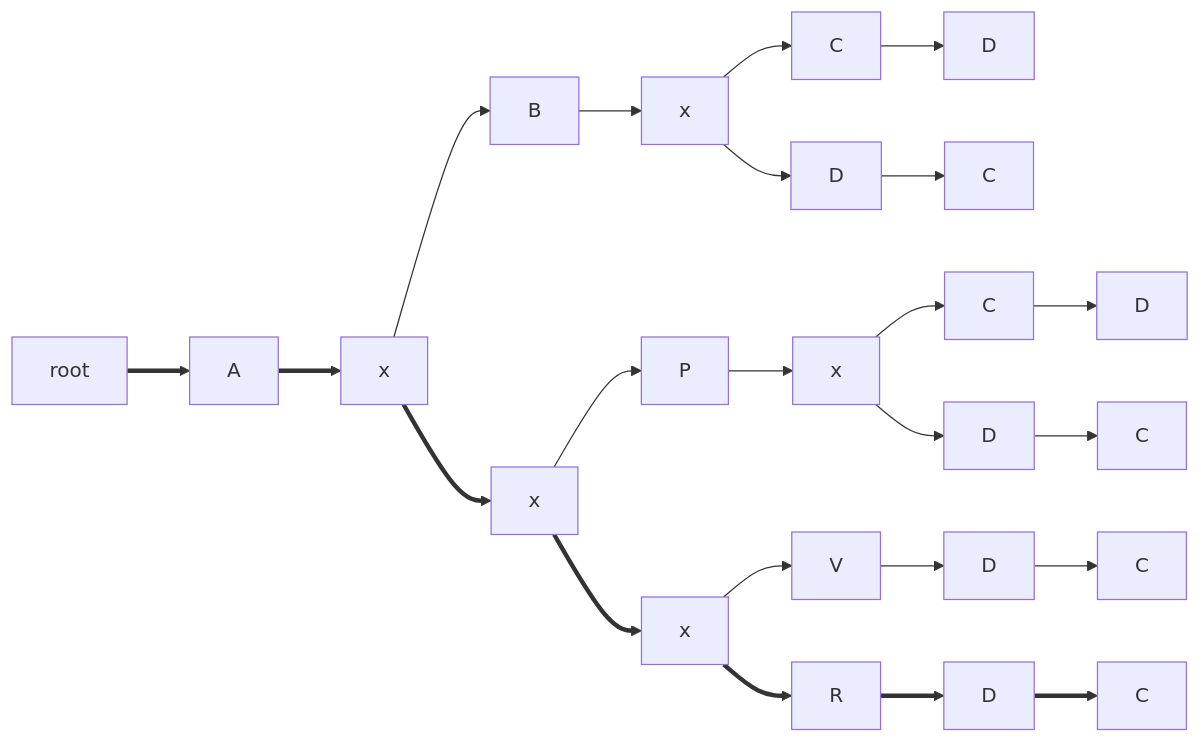
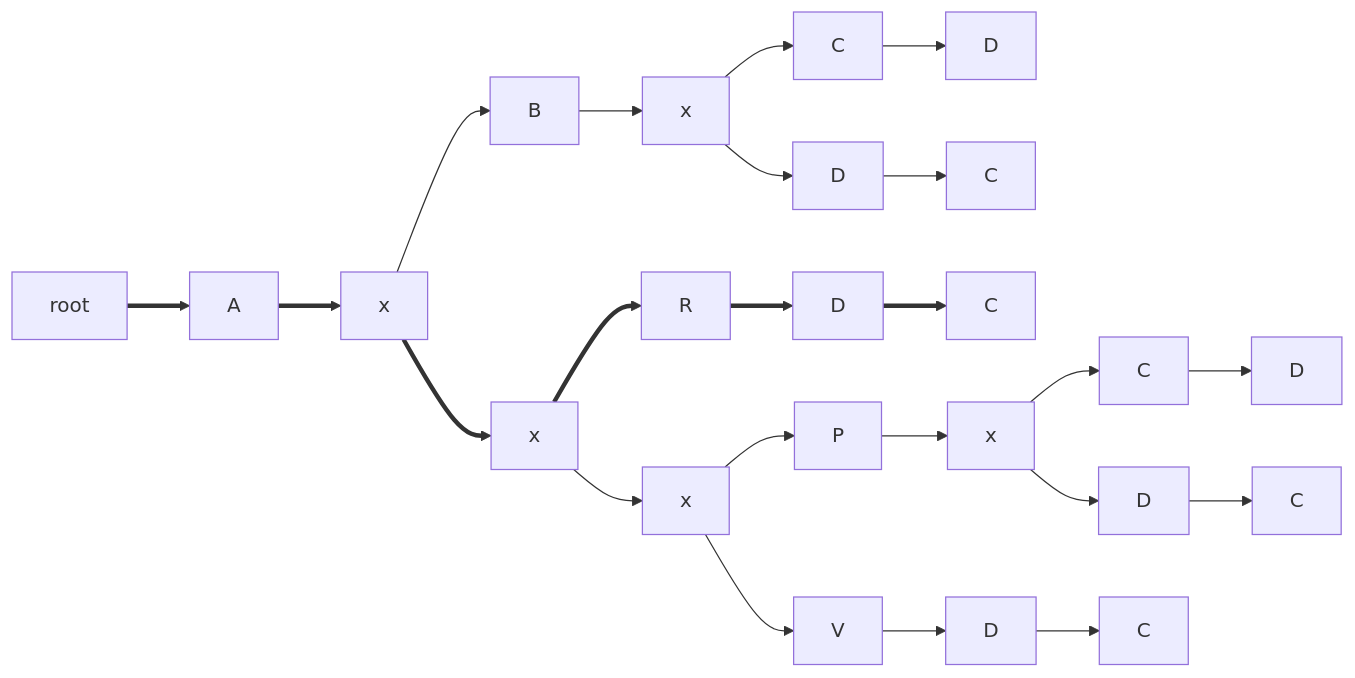
Diagram 15 of 16 in model/export-tree.md (vedph/gve-doc), drawn with Mermaid before and after one commit. The commit also changed other lines of this file, not shown here.

````diff
--- a/model/export-tree.md
+++ b/model/export-tree.md
@@ -318,26 +318,26 @@
 ```mermaid
 graph LR;
 
 root ==> A
 A ==> x5[x]
 x5 --> B6[B]
 B6[B] --> x3[x]
 x3[x] --> C6[C]
 C6[C] --> D6[D]
 x3[x] --> D3[D]
 D3 --> C3[C]
 x5 ==> x2[x]
-x2 --> P5[P]
+x2 ==> R1[R]
+R1 ==> D1[D]
+D1 ==> C1[C]
+x2 --> x1[x]
+x1 --> P5[P]
 P5[P] --> x4[x]
 x4[x] --> C5[C]
 C5[C] --> D5[D]
 x4[x] --> D4[D]
 D4[D] --> C4[C]
-x2 ==> x1[x]
 x1 --> V2[V]
 V2 --> D2[D]
 D2 --> C2[C]
-x1 ==> R1[R]
-R1 ==> D1[D]
-D1 ==> C1[C]
 ```
````
